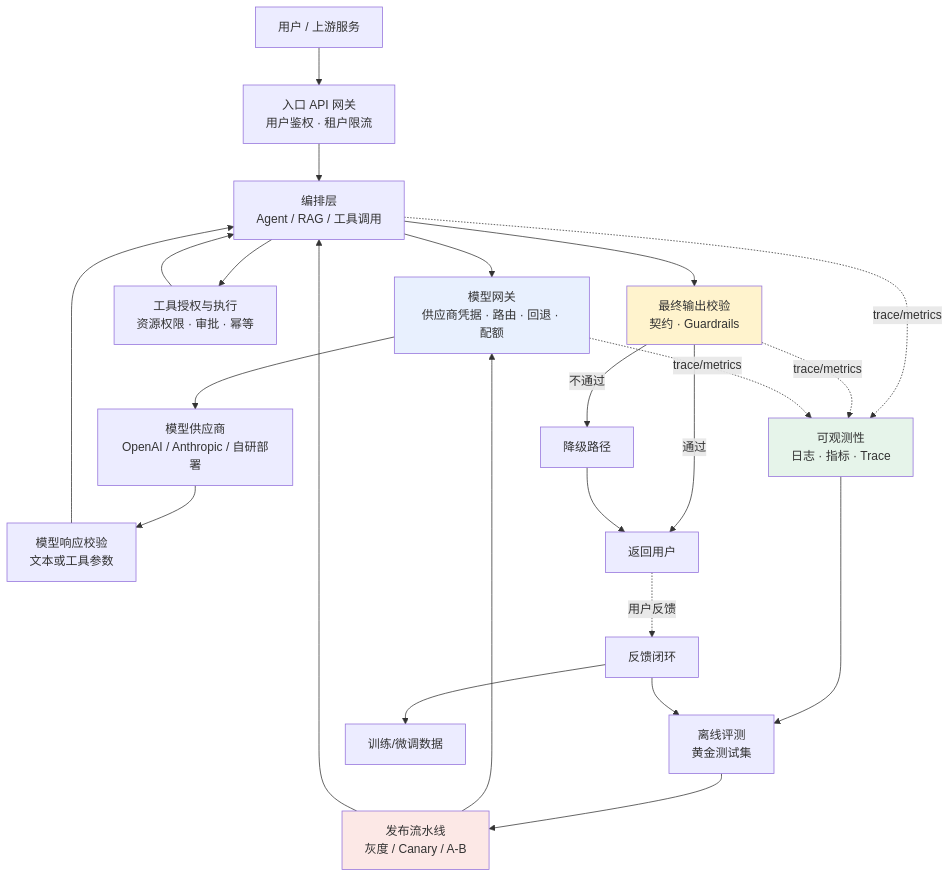
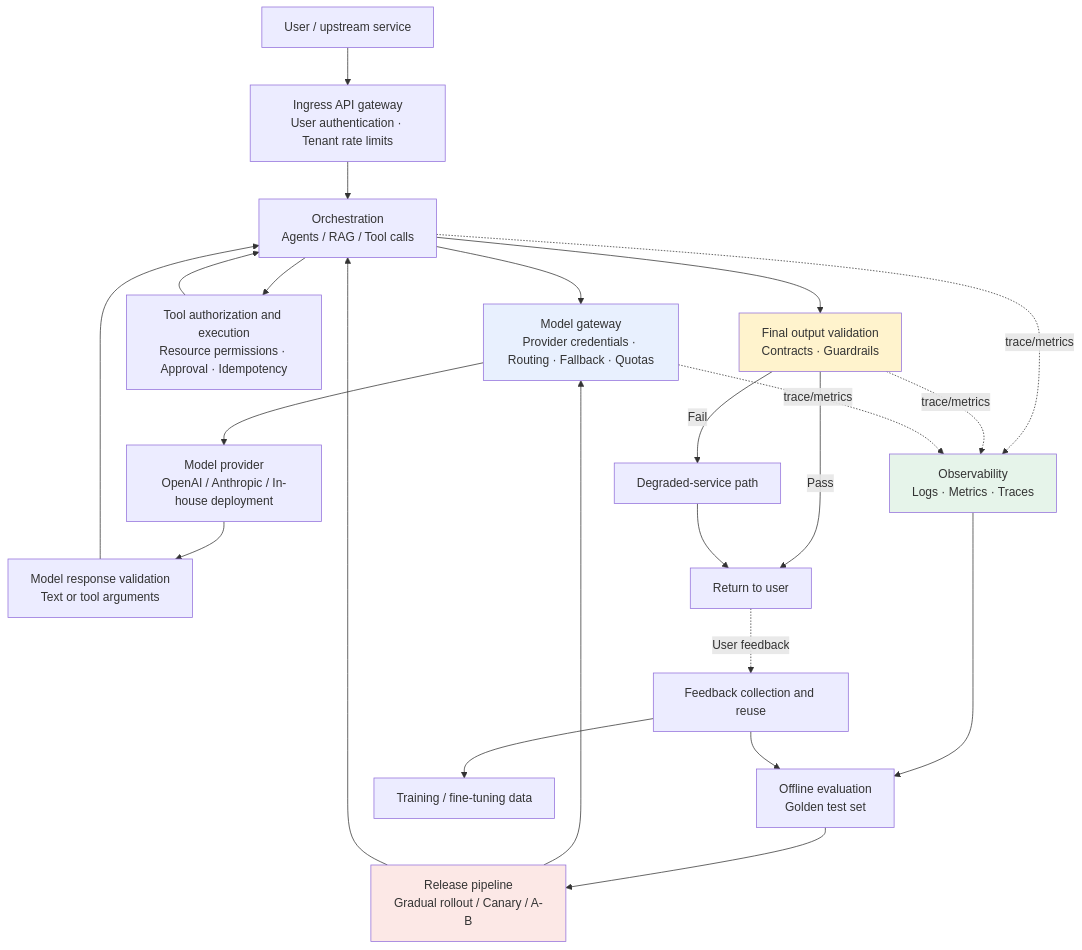
The first of 2 diagrams in docs/engineering/01-foundations/02-production-architecture-overview.md (oneleaveknowsthefall/awesome-ai-roadmap), drawn with Mermaid before and after one commit. The commit also changed other lines of this file and 82 other files, not shown here.

````diff
--- a/docs/engineering/01-foundations/02-production-architecture-overview.md
+++ b/docs/engineering/01-foundations/02-production-architecture-overview.md
@@ -11,33 +11,33 @@
 ```mermaid
 flowchart TB
-    U["用户 / 上游服务"] --> ENTRY["入口 API 网关<br/>用户鉴权 · 租户限流"]
-    ENTRY --> ORCH["编排层<br/>Agent / RAG / 工具调用"]
-    ORCH --> GW["模型网关<br/>供应商凭据 · 路由 · 回退 · 配额"]
-    GW --> PROVIDER["模型供应商<br/>OpenAI / Anthropic / 自研部署"]
-    PROVIDER --> RESULT["模型响应校验<br/>文本或工具参数"]
+    U["User / upstream service"] --> ENTRY["Ingress API gateway<br/>User authentication · Tenant rate limits"]
+    ENTRY --> ORCH["Orchestration<br/>Agents / RAG / Tool calls"]
+    ORCH --> GW["Model gateway<br/>Provider credentials · Routing · Fallback · Quotas"]
+    GW --> PROVIDER["Model provider<br/>OpenAI / Anthropic / In-house deployment"]
+    PROVIDER --> RESULT["Model response validation<br/>Text or tool arguments"]
     RESULT --> ORCH
-    ORCH --> TOOL["工具授权与执行<br/>资源权限 · 审批 · 幂等"]
+    ORCH --> TOOL["Tool authorization and execution<br/>Resource permissions · Approval · Idempotency"]
     TOOL --> ORCH
-    ORCH --> VALIDATE["最终输出校验<br/>契约 · Guardrails"]
-    VALIDATE -->|通过| RESP["返回用户"]
-    VALIDATE -->|不通过| DEGRADE["降级路径"]
+    ORCH --> VALIDATE["Final output validation<br/>Contracts · Guardrails"]
+    VALIDATE -->|Pass| RESP["Return to user"]
+    VALIDATE -->|Fail| DEGRADE["Degraded-service path"]
     DEGRADE --> RESP
 
-    ORCH -.trace/metrics.-> OBS["可观测性<br/>日志 · 指标 · Trace"]
+    ORCH -.trace/metrics.-> OBS["Observability<br/>Logs · Metrics · Traces"]
     VALIDATE -.trace/metrics.-> OBS
     GW -.trace/metrics.-> OBS
 
-    OBS --> EVAL["离线评测<br/>黄金测试集"]
-    EVAL --> CICD["发布流水线<br/>灰度 / Canary / A-B"]
+    OBS --> EVAL["Offline evaluation<br/>Golden test set"]
+    EVAL --> CICD["Release pipeline<br/>Gradual rollout / Canary / A-B"]
     CICD --> GW
     CICD --> ORCH
 
-    RESP -.用户反馈.-> FEEDBACK["反馈闭环"]
+    RESP -.User feedback.-> FEEDBACK["Feedback collection and reuse"]
     FEEDBACK --> EVAL
-    FEEDBACK --> DATA["训练/微调数据"]
+    FEEDBACK --> DATA["Training / fine-tuning data"]
 
     style GW fill:#e8f0fe
     style VALIDATE fill:#fff3cd
     style OBS fill:#e6f4ea
     style CICD fill:#fce8e6
 ```
````
